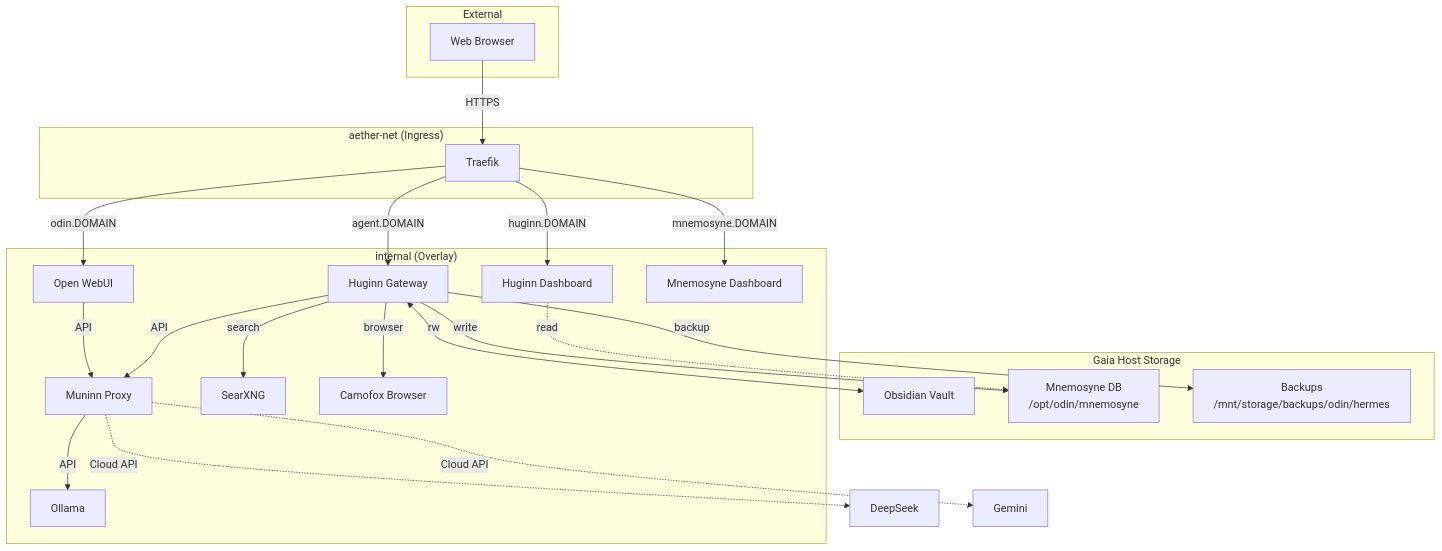
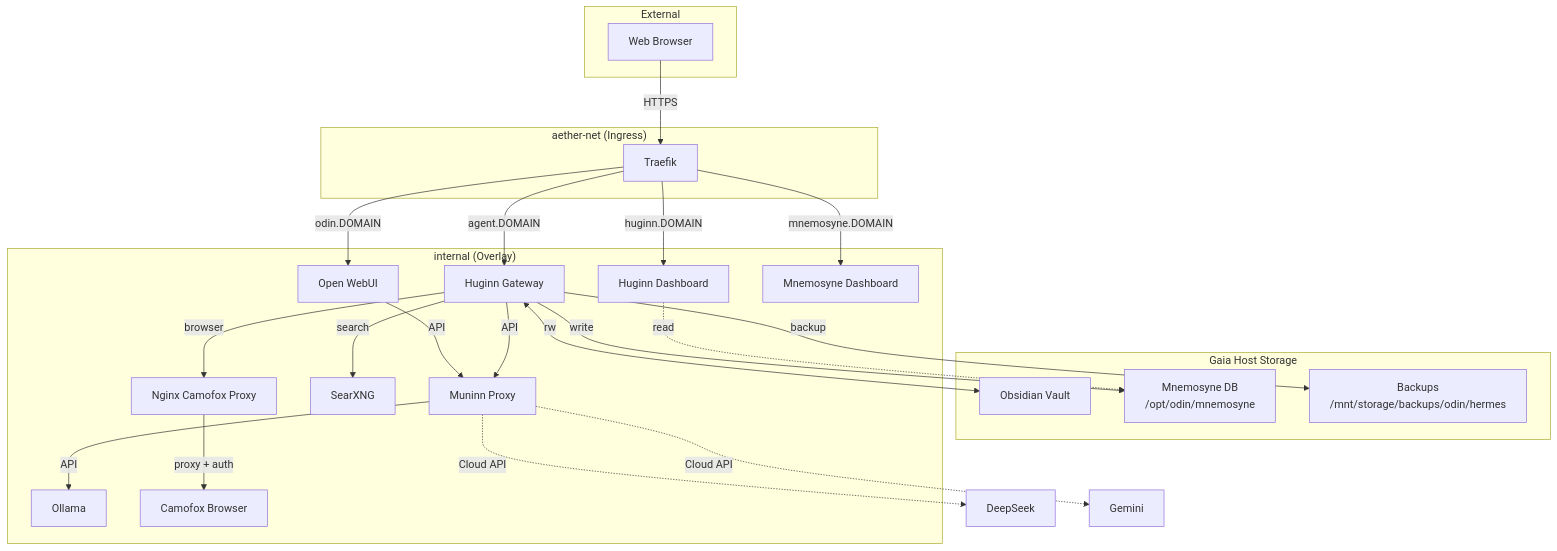
The diagram in README.md (yggdrasil-lab/odin), drawn with Mermaid before and after one commit. The commit also changed other lines of this file and 3 other files, not shown here.

First line of the commit message:
feat: add nginx-camofox auth proxy sidecar

````diff
--- a/README.md
+++ b/README.md
@@ -25,46 +26,48 @@
 ```mermaid
 graph TD
     subgraph External ["External"]
         Browser[Web Browser]
     end
 
     subgraph Host ["Gaia Host Storage"]
         Obsidian["Obsidian Vault"]
         MnemosyneDB["Mnemosyne DB<br>/opt/odin/mnemosyne"]
         Backup["Backups<br>/mnt/storage/backups/odin/hermes"]
     end
 
     subgraph Aether ["aether-net (Ingress)"]
         Traefik[Traefik]
     end
 
     subgraph Internal ["internal (Overlay)"]
         OpenWebUI[Open WebUI]
         Ollama[Ollama]
         Gateway[Huginn Gateway]
         Dashboard[Huginn Dashboard]
         MnemosyneVis[Mnemosyne Dashboard]
         Muninn[Muninn Proxy]
         SearXNG[SearXNG]
         Camofox[Camofox Browser]
+        NginxCamofox[Nginx Camofox Proxy]
     end
 
     Browser -->|HTTPS| Traefik
     Traefik -->|odin.DOMAIN| OpenWebUI
     Traefik -->|agent.DOMAIN| Gateway
     Traefik -->|huginn.DOMAIN| Dashboard
     Traefik -->|mnemosyne.DOMAIN| MnemosyneVis
 
     OpenWebUI -->|API| Muninn
     Gateway -->|API| Muninn
     Muninn -->|API| Ollama
     Muninn -.->|Cloud API| DeepSeek
     Muninn -.->|Cloud API| Gemini
 
     Gateway <-->|rw| Obsidian
     Gateway -->|search| SearXNG
-    Gateway -->|browser| Camofox
+    Gateway -->|browser| NginxCamofox
+    NginxCamofox -->|proxy + auth| Camofox
     Gateway -->|write| MnemosyneDB
     Dashboard -.->|read| MnemosyneDB
     Gateway -->|backup| Backup
 ```
````
